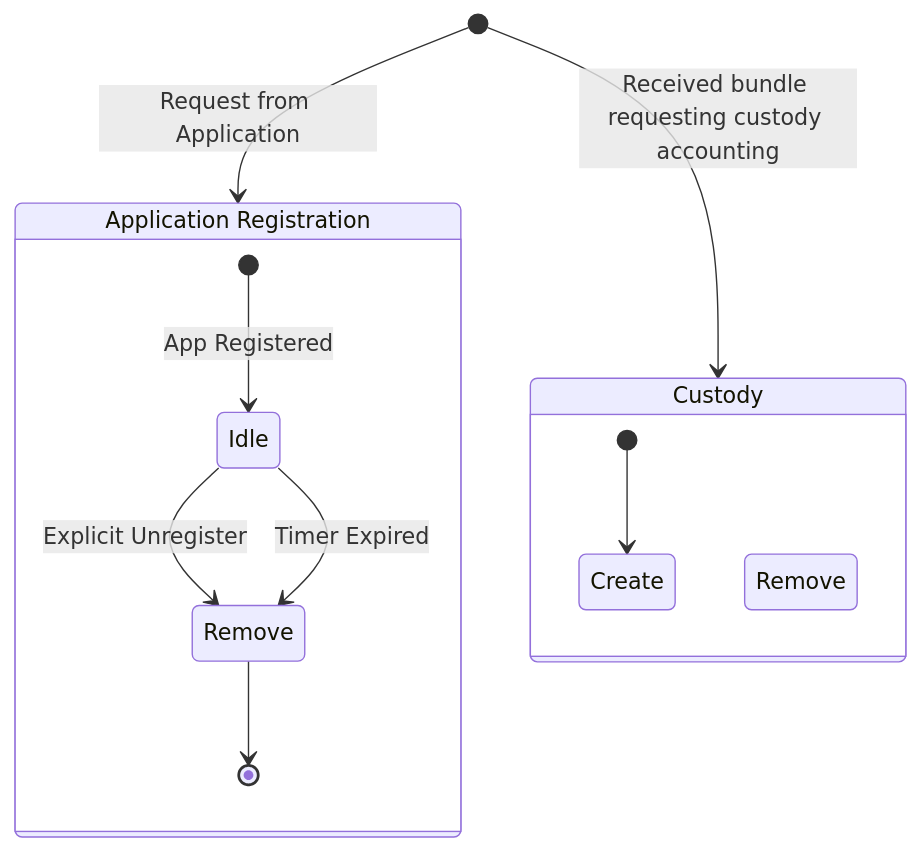
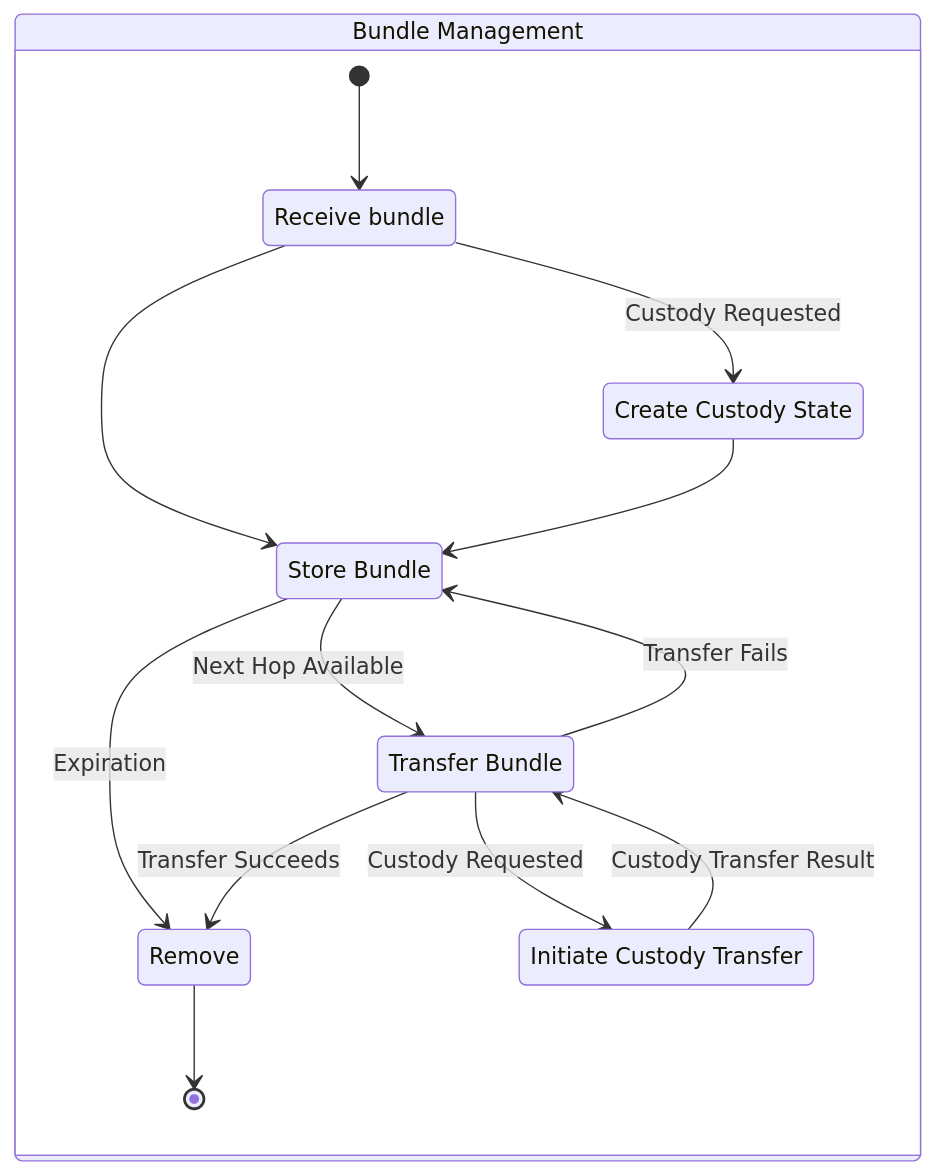
The diagram in _drafts/RFC-4838-review.md (B13rg/B13rg.github.io), drawn with Mermaid before and after one commit. The commit also changed other lines of this file, not shown here.

Commit message:
Bundle management state diagram

````diff
--- a/_drafts/RFC-4838-review.md
+++ b/_drafts/RFC-4838-review.md
@@ -385,24 +385,26 @@
 ```mermaid
 stateDiagram-v2
   direction TB
 
-  [*] --> AppReg : Request from Application
-  [*] --> Custody : Received bundle requesting custody accounting
-  state AppReg {
-    B : Idle
-    C : Remove
-    [*]  --> B: App Registered
-    B --> C : Explicit Unregister
-    B --> C : Timer Expired
-    C --> [*]
+  state BundleM {
+    R : Receive bundle
+    S : Store Bundle
+    I : Initiate Custody Transfer
+    Rm : Remove
+    C : Create Custody State
+    L : Transfer Bundle
+
+    [*] --> R
+    R --> S
+    R --> C : Custody Requested
+    C --> S
+    S --> Rm : Expiration
+    S --> L : Next Hop Available
+    L --> Rm : Transfer Succeeds
+    L --> S : Transfer Fails
+    L --> I : Custody Requested
+    I --> L : Custody Transfer Result
+    Rm --> [*]
   }
-  AppReg: Application Registration 
-
-  state Custody {
-    F : Create
-    H : Remove
-
-    [*] --> F
-  }
-
+  BundleM: Bundle Management
 ```
````
